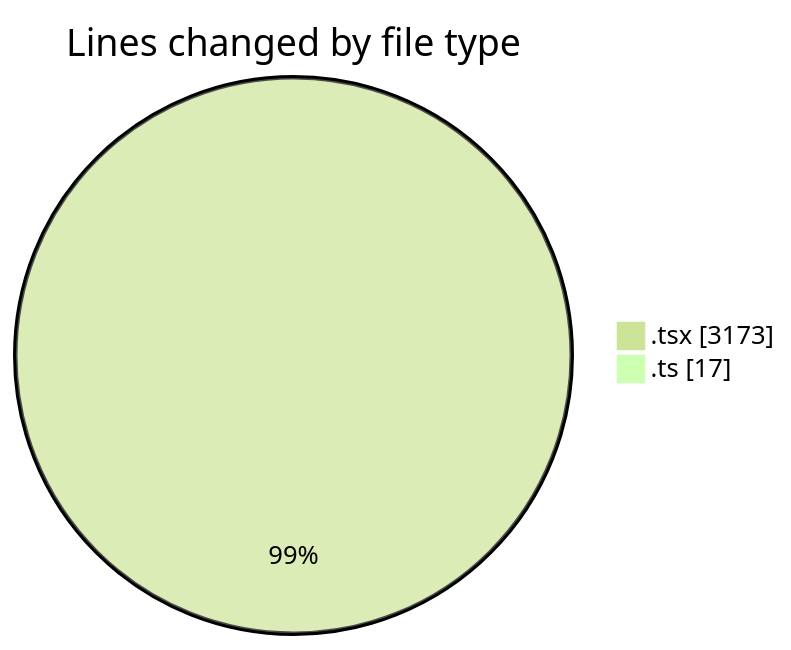
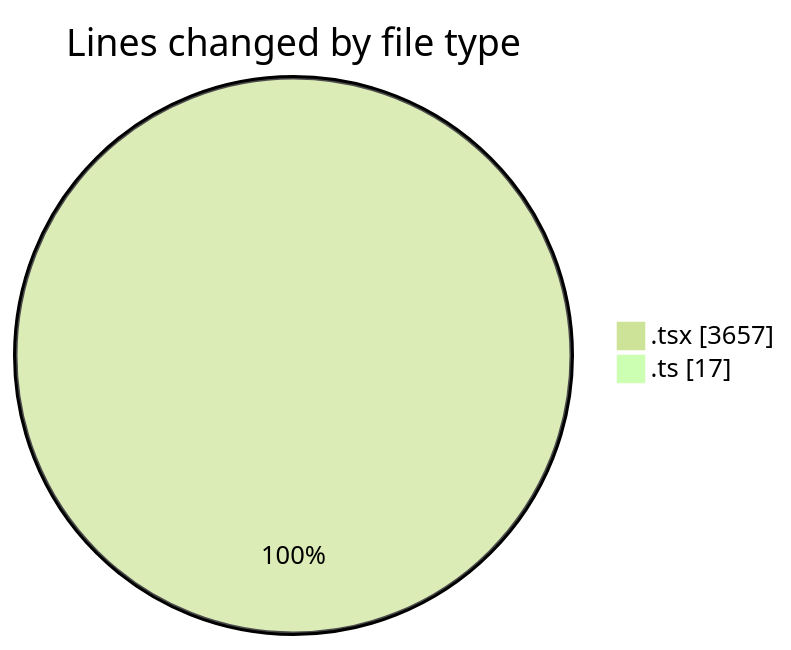
One commit to nxtqubesakshisongat/code-tracking changed the first of 2 diagrams in 2026-03-15/nxtqube_webapp/README.md. Above: the diagram before and after it, drawn with Mermaid (forest theme). The commit also changed other lines of this file and 1 other file, not shown here.

````diff
--- a/2026-03-15/nxtqube_webapp/README.md
+++ b/2026-03-15/nxtqube_webapp/README.md
@@ -23,6 +23,6 @@
 ```mermaid
 pie showData
 title Lines changed by file type
-".tsx" : 3173
+".tsx" : 3657
 ".ts" : 17
 ```
````
